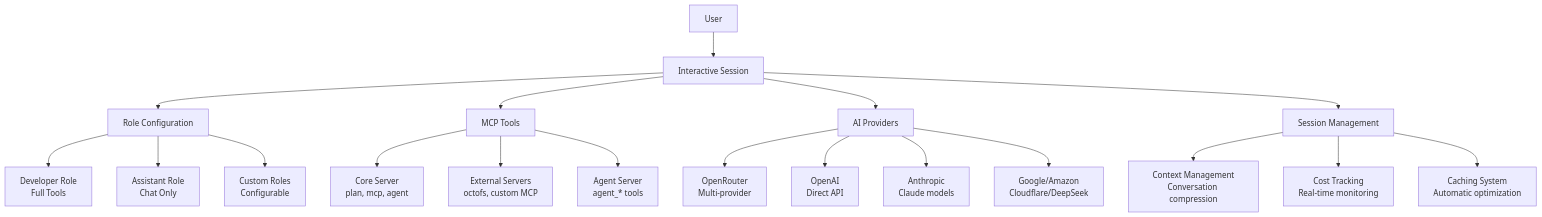
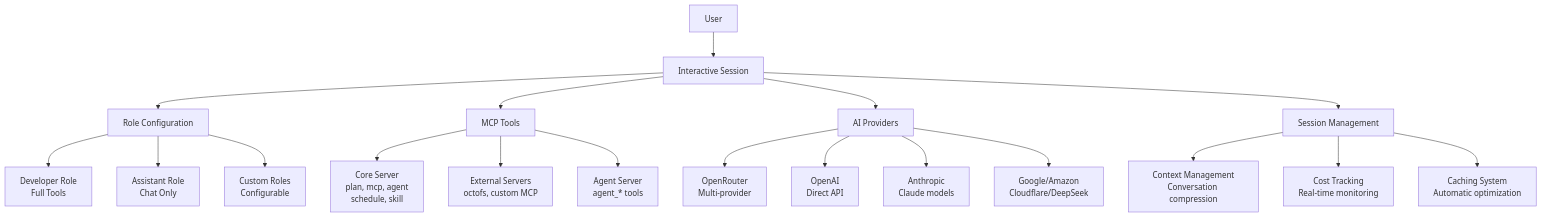
The diagram in doc/02-overview.md (Muvon/synx), drawn with Mermaid before and after one commit. The commit also changed other lines of this file and 4 other files, not shown here.

Commit message:
docs: add skill tool documentation to core server

````diff
--- a/doc/02-overview.md
+++ b/doc/02-overview.md
@@ -18,25 +18,25 @@
 ```mermaid
 graph TB
     A[User] --> B[Interactive Session]
     B --> C[Role Configuration]
     B --> D[MCP Tools]
     B --> E[AI Providers]
     B --> F[Session Management]
 
     C --> G[Developer Role<br/>Full Tools]
     C --> H[Assistant Role<br/>Chat Only]
     C --> I[Custom Roles<br/>Configurable]
 
-    D --> J[Core Server<br/>plan, mcp, agent]
+    D --> J[Core Server<br/>plan, mcp, agent<br/>schedule, skill]
     D --> K[External Servers<br/>octofs, custom MCP]
     D --> L[Agent Server<br/>agent_* tools]
 
     E --> M[OpenRouter<br/>Multi-provider]
     E --> N[OpenAI<br/>Direct API]
     E --> O[Anthropic<br/>Claude models]
     E --> P[Google/Amazon<br/>Cloudflare/DeepSeek]
 
     F --> Q[Context Management<br/>Conversation compression]
     F --> R[Cost Tracking<br/>Real-time monitoring]
     F --> S[Caching System<br/>Automatic optimization]
 ```
````
